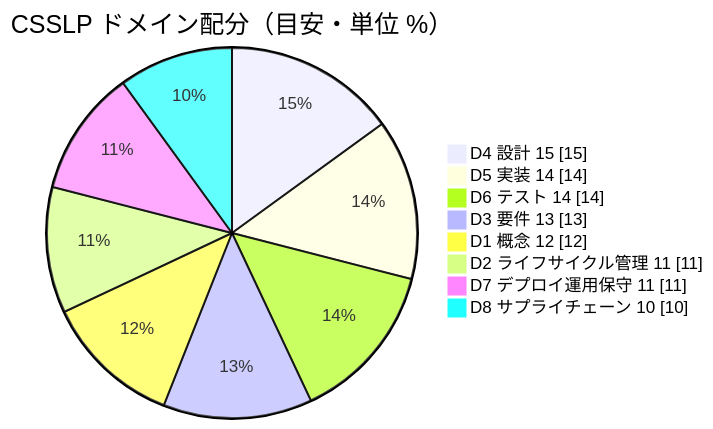
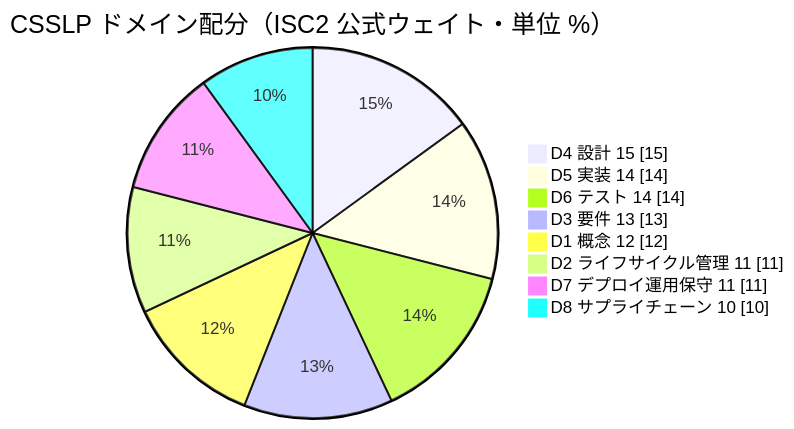
One commit to myoshi2891/Security_Studies changed the first of 16 diagrams in Csslp-guide.md. Above: the diagram before and after it, drawn with Mermaid. The commit also changed other lines of this file, not shown here.

Commit message:
docs(isc2): clarify exam outline specifications and domain weights in CSSLP guide

````diff
--- a/Csslp-guide.md
+++ b/Csslp-guide.md
@@ -73,11 +73,11 @@
 ```mermaid
-pie showData title CSSLP ドメイン配分（目安・単位 %）
+pie showData title CSSLP ドメイン配分（ISC2 公式ウェイト・単位 %）
     "D4 設計 15" : 15
     "D5 実装 14" : 14
     "D6 テスト 14" : 14
     "D3 要件 13" : 13
     "D1 概念 12" : 12
     "D2 ライフサイクル管理 11" : 11
     "D7 デプロイ運用保守 11" : 11
     "D8 サプライチェーン 10" : 10
 ```
````
